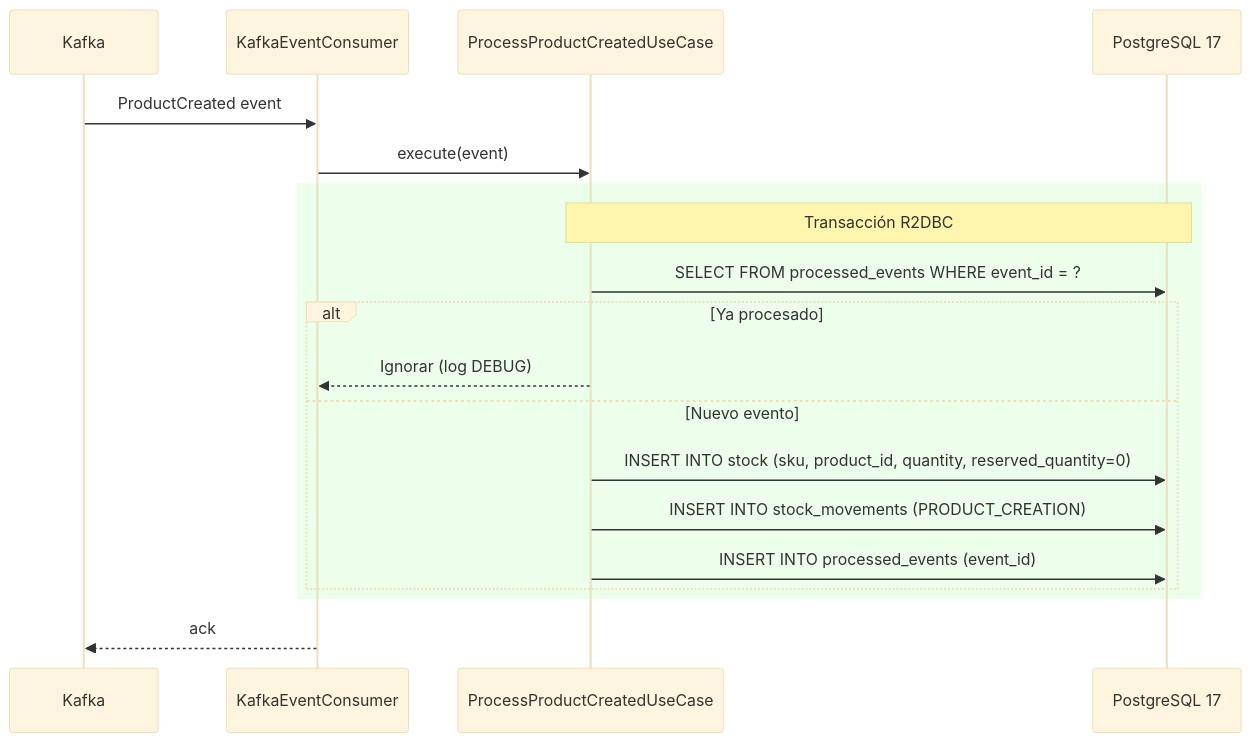
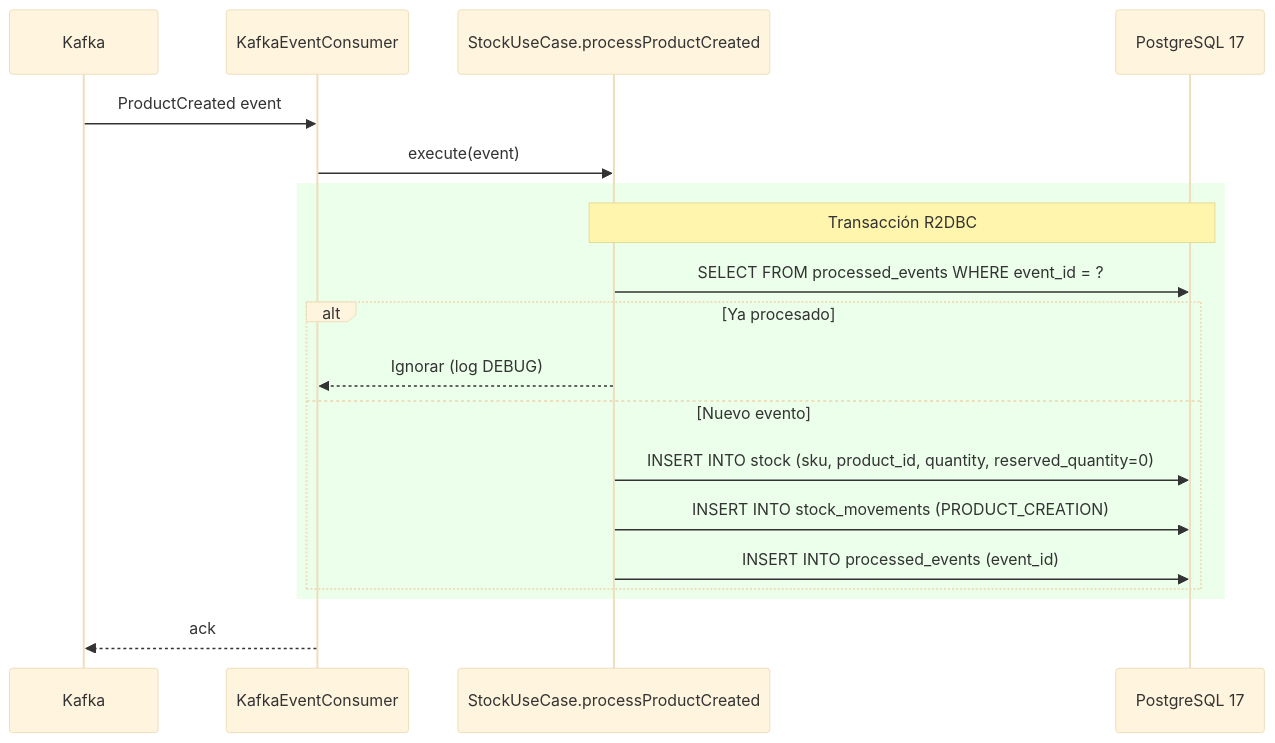
Before and after one commit to Saisho137/Arka: the fourth of 6 diagrams in .kiro/specs/ms-inventory/design.md, drawn with Mermaid (base theme). The commit also changed other lines of this file and 10 other files, not shown here.

First line of the commit message:
feat(ms-inventory): implement domain use cases with consolidated architecture

````diff
--- a/.kiro/specs/ms-inventory/design.md
+++ b/.kiro/specs/ms-inventory/design.md
@@ -168,24 +160,24 @@
 ```mermaid
 sequenceDiagram
     participant Kafka
     participant Consumer as KafkaEventConsumer
-    participant UseCase as ProcessProductCreatedUseCase
+    participant UseCase as StockUseCase.processProductCreated
     participant PG as PostgreSQL 17
 
     Kafka->>Consumer: ProductCreated event
     Consumer->>UseCase: execute(event)
 
     rect rgb(235, 255, 235)
         Note over UseCase,PG: Transacción R2DBC
         UseCase->>PG: SELECT FROM processed_events WHERE event_id = ?
         alt Ya procesado
             UseCase-->>Consumer: Ignorar (log DEBUG)
         else Nuevo evento
             UseCase->>PG: INSERT INTO stock (sku, product_id, quantity, reserved_quantity=0)
             UseCase->>PG: INSERT INTO stock_movements (PRODUCT_CREATION)
             UseCase->>PG: INSERT INTO processed_events (event_id)
         end
     end
 
     Consumer-->>Kafka: ack
 ```
````
